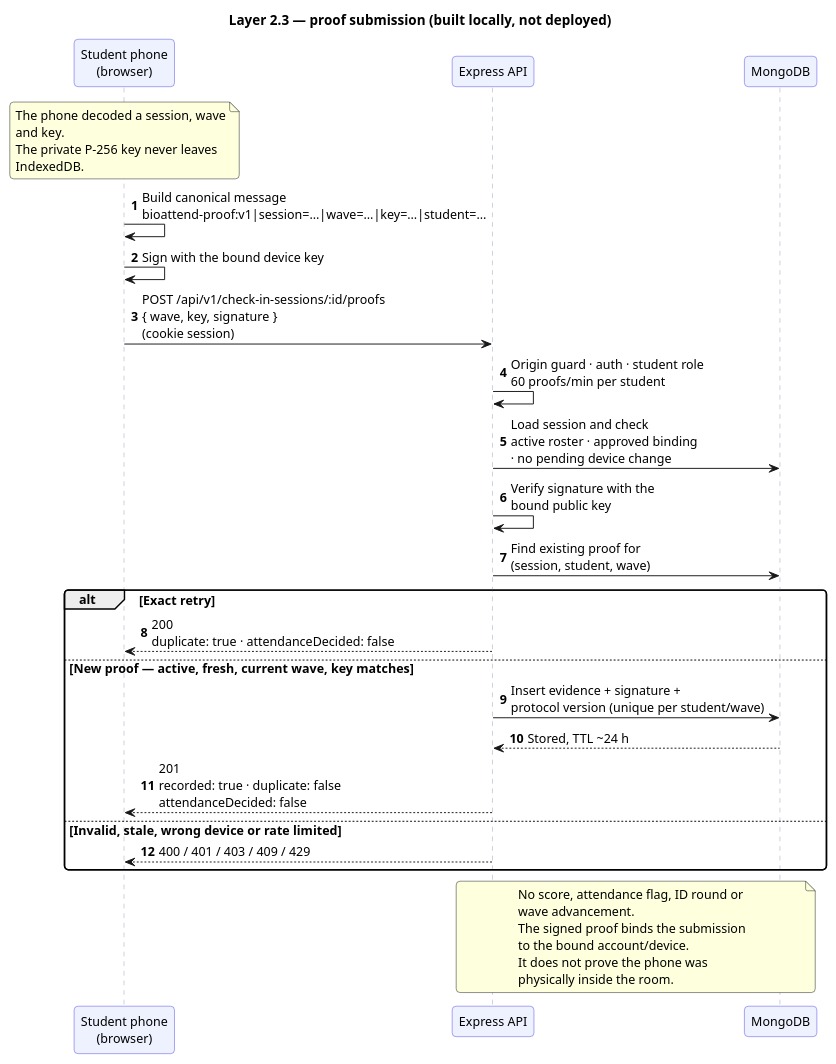
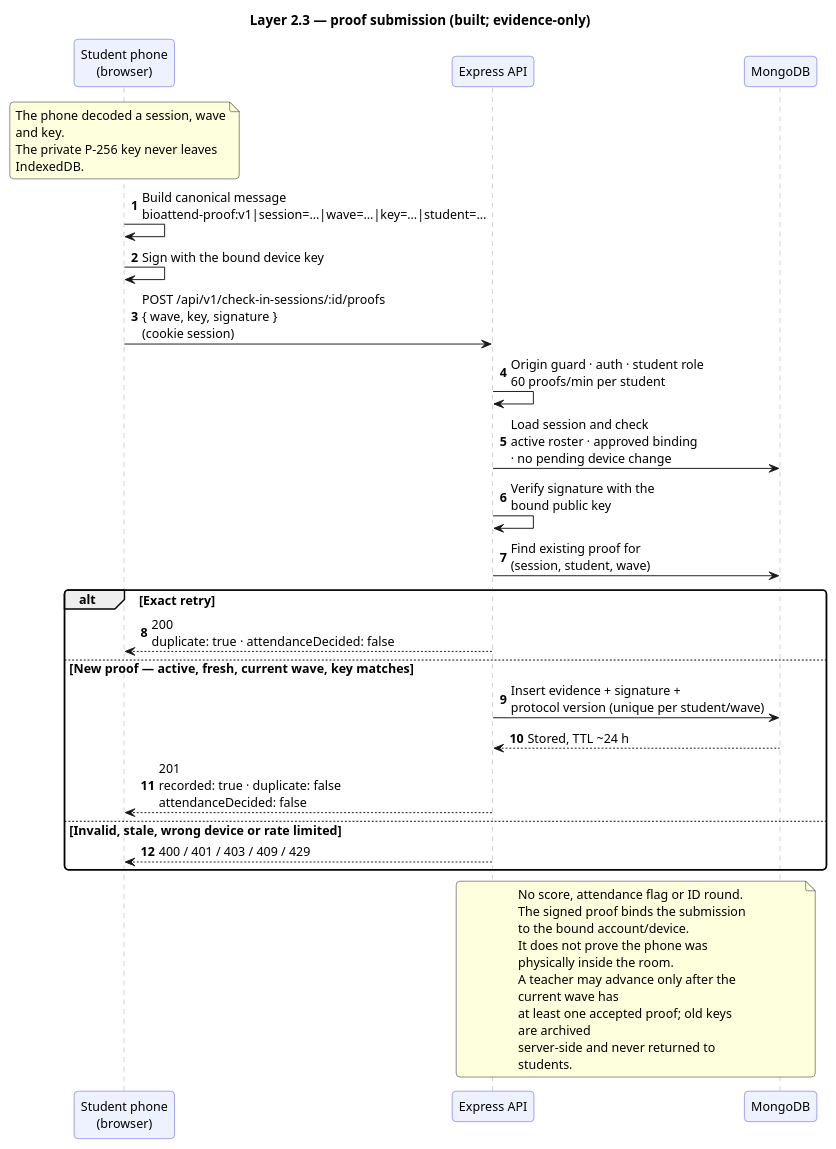
Before and after one commit to 12SHIVANSH-SINGH/Capstone-7th-sem: the diagram in docs/diagrams/proof-transport.puml, drawn with PlantUML. The commit also changed 66 other files, not shown here.

```diff
--- a/docs/diagrams/proof-transport.puml
+++ b/docs/diagrams/proof-transport.puml
@@ -1,51 +1,54 @@
 @startuml
 !pragma layout smetana
-title Layer 2.3 — proof submission (built locally, not deployed)
+title Layer 2.3 — proof submission (built; evidence-only)
 
 skinparam defaultFontName "Arial"
 skinparam defaultFontSize 13
 skinparam shadowing false
 skinparam roundCorner 8
 skinparam wrapWidth 240
 skinparam sequence {
   ParticipantBackgroundColor #EEF2FF
   ParticipantBorderColor #4F46E5
   LifeLineBorderColor #94A3B8
 }
 autonumber
 
 participant "Student phone\n(browser)" as Phone
 participant "Express API" as API
 participant "MongoDB" as DB
 
 note over Phone
   The phone decoded a session, wave and key.
   The private P-256 key never leaves IndexedDB.
 end note
 
 Phone -> Phone: Build canonical message\nbioattend-proof:v1|session=…|wave=…|key=…|student=…
 Phone -> Phone: Sign with the bound device key
 Phone -> API: POST /api/v1/check-in-sessions/:id/proofs\n{ wave, key, signature }\n(cookie session)
 
 API -> API: Origin guard · auth · student role\n60 proofs/min per student
 API -> DB: Load session and check\nactive roster · approved binding\n· no pending device change
 API -> API: Verify signature with the\nbound public key
 API -> DB: Find existing proof for\n(session, student, wave)
 
 alt Exact retry
   API --> Phone: 200\nduplicate: true · attendanceDecided: false
 else New proof — active, fresh, current wave, key matches
   API -> DB: Insert evidence + signature +\nprotocol version (unique per student/wave)
   DB --> API: Stored, TTL ~24 h
   API --> Phone: 201\nrecorded: true · duplicate: false\nattendanceDecided: false
 else Invalid, stale, wrong device or rate limited
   API --> Phone: 400 / 401 / 403 / 409 / 429
 end
 
 note over API, DB
-  No score, attendance flag, ID round or wave advancement.
+  No score, attendance flag or ID round.
   The signed proof binds the submission to the bound account/device.
   It does not prove the phone was physically inside the room.
+  A teacher may advance only after the current wave has
+  at least one accepted proof; old keys are archived
+  server-side and never returned to students.
 end note
 
 @enduml
```
